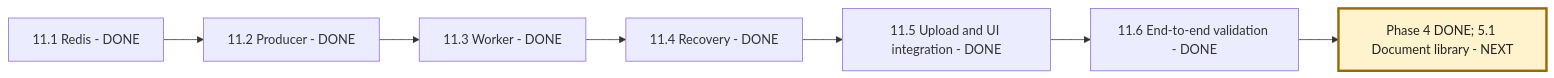
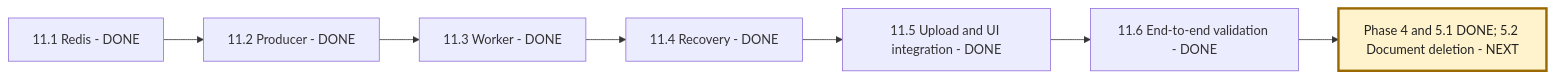
The third of 3 diagrams in NEXAAI_ROADMAP.md (msdian0007/nexaAi), drawn with Mermaid before and after one commit. The commit also changed other lines of this file and 15 other files, not shown here.

Commit message:
the document library

````diff
--- a/NEXAAI_ROADMAP.md
+++ b/NEXAAI_ROADMAP.md
@@ -253,10 +254,10 @@
 ```mermaid
 flowchart LR
     A[11.1 Redis - DONE] --> B[11.2 Producer - DONE]
     B --> C[11.3 Worker - DONE]
     C --> D[11.4 Recovery - DONE]
     D --> E[11.5 Upload and UI integration - DONE]
     E --> F[11.6 End-to-end validation - DONE]
-    F --> G[Phase 4 DONE; 5.1 Document library - NEXT]
+    F --> G[Phase 4 and 5.1 DONE; 5.2 Document deletion - NEXT]
     style G fill:#fff3cd,stroke:#9a6700,stroke-width:3px,color:#222
 ```
````
